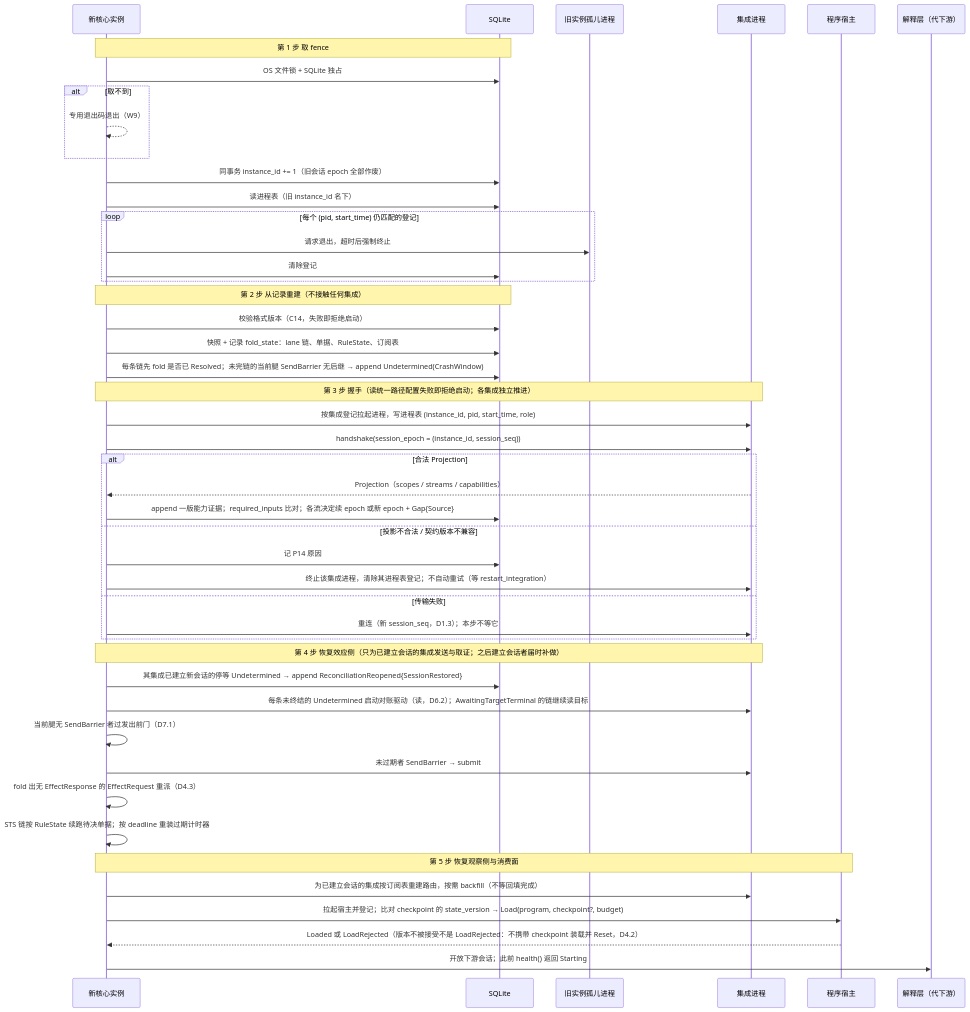
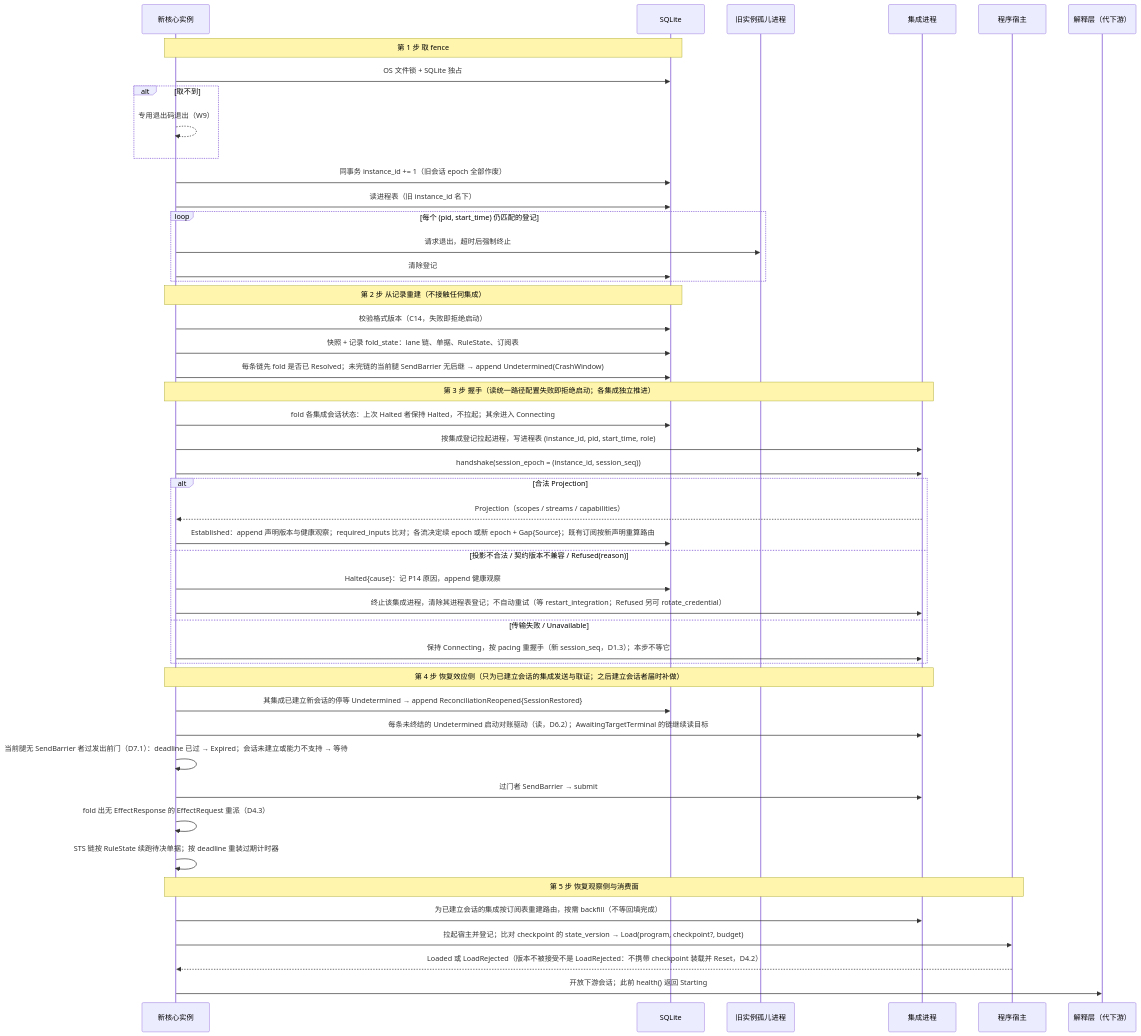
Before and after one commit to mouriya-s-lab/uta: the second of 4 diagrams in design/diagrams/01-process-topology.md, drawn with Mermaid. The commit also changed other lines of this file and 12 other files, not shown here.

Commit message:
design: integration lifecycle contract — per-integration session state machine (Connecting/Established/Halted), handshake Refused vs Unavailable, pre-send gate on session and current capability, subscription suspension on undeclared streams, health field semantics

````diff
--- a/design/diagrams/01-process-topology.md
+++ b/design/diagrams/01-process-topology.md
@@ -53,48 +53,49 @@
 ```mermaid
 sequenceDiagram
   participant N as 新核心实例
   participant DB as SQLite
   participant O as 旧实例孤儿进程
   participant I as 集成进程
   participant H as 程序宿主
   participant A as 解释层（代下游）
   Note over N,DB: 第 1 步 取 fence
   N->>DB: OS 文件锁 + SQLite 独占
   alt 取不到
     N-->>N: 专用退出码退出（W9）
   end
   N->>DB: 同事务 instance_id += 1（旧会话 epoch 全部作废）
   N->>DB: 读进程表（旧 instance_id 名下）
   loop 每个 (pid, start_time) 仍匹配的登记
     N->>O: 请求退出，超时后强制终止
     N->>DB: 清除登记
   end
   Note over N,DB: 第 2 步 从记录重建（不接触任何集成）
   N->>DB: 校验格式版本（C14，失败即拒绝启动）
   N->>DB: 快照 + 记录 fold_state：lane 链、单据、RuleState、订阅表
   N->>DB: 每条链先 fold 是否已 Resolved；未完链的当前腿 SendBarrier 无后继 → append Undetermined(CrashWindow)
   Note over N,I: 第 3 步 握手（读统一路径配置失败即拒绝启动；各集成独立推进）
+  N->>DB: fold 各集成会话状态：上次 Halted 者保持 Halted，不拉起；其余进入 Connecting
   N->>I: 按集成登记拉起进程，写进程表 (instance_id, pid, start_time, role)
   N->>I: handshake(session_epoch = (instance_id, session_seq))
   alt 合法 Projection
     I-->>N: Projection（scopes / streams / capabilities）
-    N->>DB: append 一版能力证据；required_inputs 比对；各流决定续 epoch 或新 epoch + Gap{Source}
-  else 投影不合法 / 契约版本不兼容
-    N->>DB: 记 P14 原因
-    N->>I: 终止该集成进程，清除其进程表登记；不自动重试（等 restart_integration）
-  else 传输失败
-    N->>I: 重连（新 session_seq，D1.3）；本步不等它
+    N->>DB: Established：append 声明版本与健康观察；required_inputs 比对；各流决定续 epoch 或新 epoch + Gap{Source}；既有订阅按新声明重算路由
+  else 投影不合法 / 契约版本不兼容 / Refused(reason)
+    N->>DB: Halted{cause}：记 P14 原因，append 健康观察
+    N->>I: 终止该集成进程，清除其进程表登记；不自动重试（等 restart_integration；Refused 另可 rotate_credential）
+  else 传输失败 / Unavailable
+    N->>I: 保持 Connecting，按 pacing 重握手（新 session_seq，D1.3）；本步不等它
   end
   Note over N,I: 第 4 步 恢复效应侧（只为已建立会话的集成发送与取证；之后建立会话者届时补做）
   N->>DB: 其集成已建立新会话的停等 Undetermined → append ReconciliationReopened{SessionRestored}
   N->>I: 每条未终结的 Undetermined 启动对账驱动（读，D6.2）；AwaitingTargetTerminal 的链继续读目标
-  N->>N: 当前腿无 SendBarrier 者过发出前门（D7.1）
-  N->>I: 未过期者 SendBarrier → submit
+  N->>N: 当前腿无 SendBarrier 者过发出前门（D7.1）：deadline 已过 → Expired；会话未建立或能力不支持 → 等待
+  N->>I: 过门者 SendBarrier → submit
   N->>N: fold 出无 EffectResponse 的 EffectRequest 重派（D4.3）
   N->>N: STS 链按 RuleState 续跑待决单据；按 deadline 重装过期计时器
   Note over N,H: 第 5 步 恢复观察侧与消费面
   N->>I: 为已建立会话的集成按订阅表重建路由，按需 backfill（不等回填完成）
   N->>H: 拉起宿主并登记；比对 checkpoint 的 state_version → Load(program, checkpoint?, budget)
   H-->>N: Loaded 或 LoadRejected（版本不被接受不是 LoadRejected：不携带 checkpoint 装载并 Reset，D4.2）
   N->>A: 开放下游会话；此前 health() 返回 Starting
 ```
````
